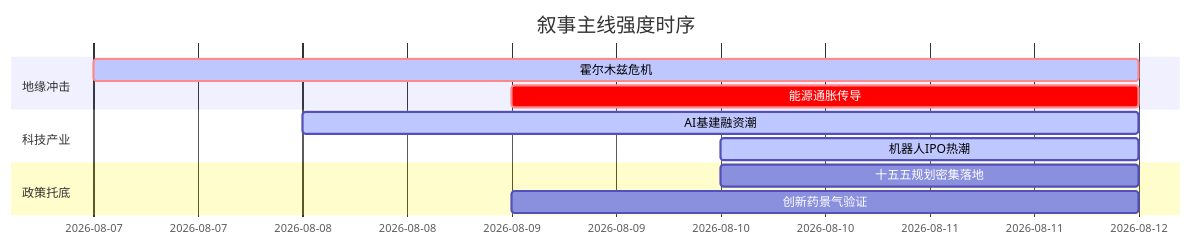
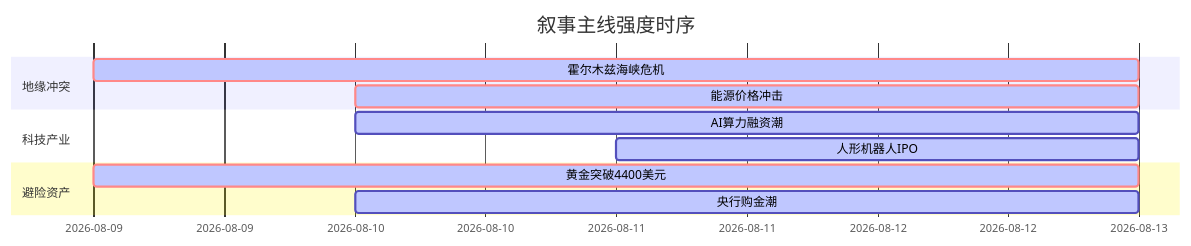
Before and after one commit to uu5zn/uu5zn.github.io: the diagram in 5day_report.md, drawn with Mermaid. The commit also changed other lines of this file and 24 other files, not shown here.

````diff
--- a/5day_report.md
+++ b/5day_report.md
@@ -58,16 +58,16 @@
 ```mermaid
 gantt
     title 叙事主线强度时序
     dateFormat YYYY-MM-DD
-    section 地缘冲击
-    霍尔木兹危机   :crit, active, 2026-08-07, 5d
-    能源通胀传导   :crit, 2026-08-09, 3d
+    section 地缘冲突
+    霍尔木兹海峡危机   :crit, active, 2026-08-09, 4d
+    能源价格冲击       :crit, active, 2026-08-10, 3d
     
     section 科技产业
-    AI基建融资潮   :active, 2026-08-08, 4d
-    机器人IPO热潮   :active, 2026-08-10, 2d
+    AI算力融资潮       :active, 2026-08-10, 3d
+    人形机器人IPO      :active, 2026-08-11, 2d
     
-    section 政策托底
-    十五五规划密集落地 :2026-08-10, 2d
-    创新药景气验证   :2026-08-09, 3d
+    section 避险资产
+    黄金突破4400美元   :crit, active, 2026-08-09, 4d
+    央行购金潮         :active, 2026-08-10, 3d
 ```
````
